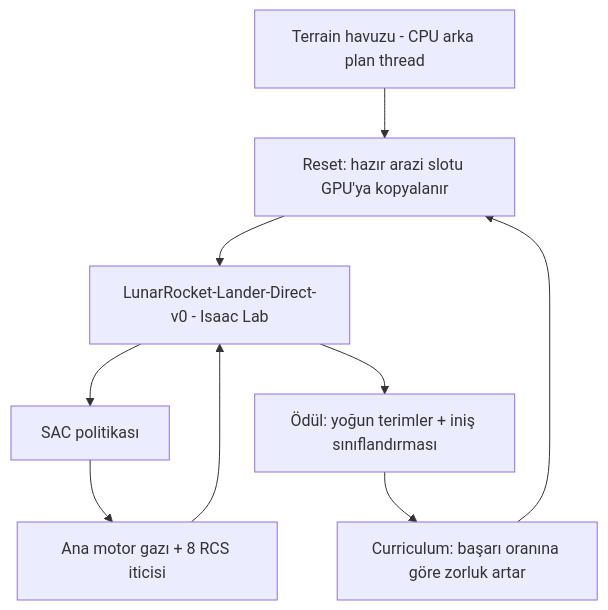
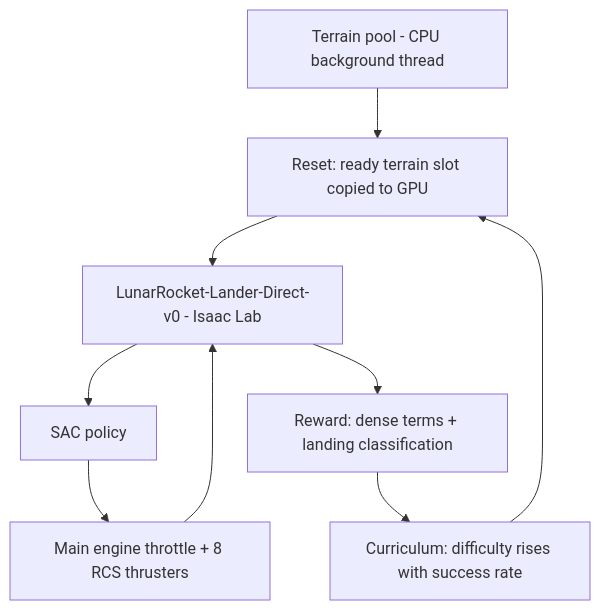
Before and after one commit to GulogluHaktan/LunarRocket: the diagram in README.md, drawn with Mermaid. The commit also changed other lines of this file and 1 other file, not shown here.

````diff
--- a/README.md
+++ b/README.md
@@ -25,11 +27,11 @@
 ```mermaid
 flowchart TD
-  POOL["Terrain havuzu - CPU arka plan thread"] --> RST["Reset: hazır arazi slotu GPU'ya kopyalanır"]
+  POOL["Terrain pool - CPU background thread"] --> RST["Reset: ready terrain slot copied to GPU"]
   RST --> ENV["LunarRocket-Lander-Direct-v0 - Isaac Lab"]
-  ENV --> POL["SAC politikası"]
-  POL --> ACT["Ana motor gazı + 8 RCS iticisi"]
+  ENV --> POL["SAC policy"]
+  POL --> ACT["Main engine throttle + 8 RCS thrusters"]
   ACT --> ENV
-  ENV --> RW["Ödül: yoğun terimler + iniş sınıflandırması"]
-  RW --> CUR["Curriculum: başarı oranına göre zorluk artar"]
+  ENV --> RW["Reward: dense terms + landing classification"]
+  RW --> CUR["Curriculum: difficulty rises with success rate"]
   CUR --> RST
 ```
````
